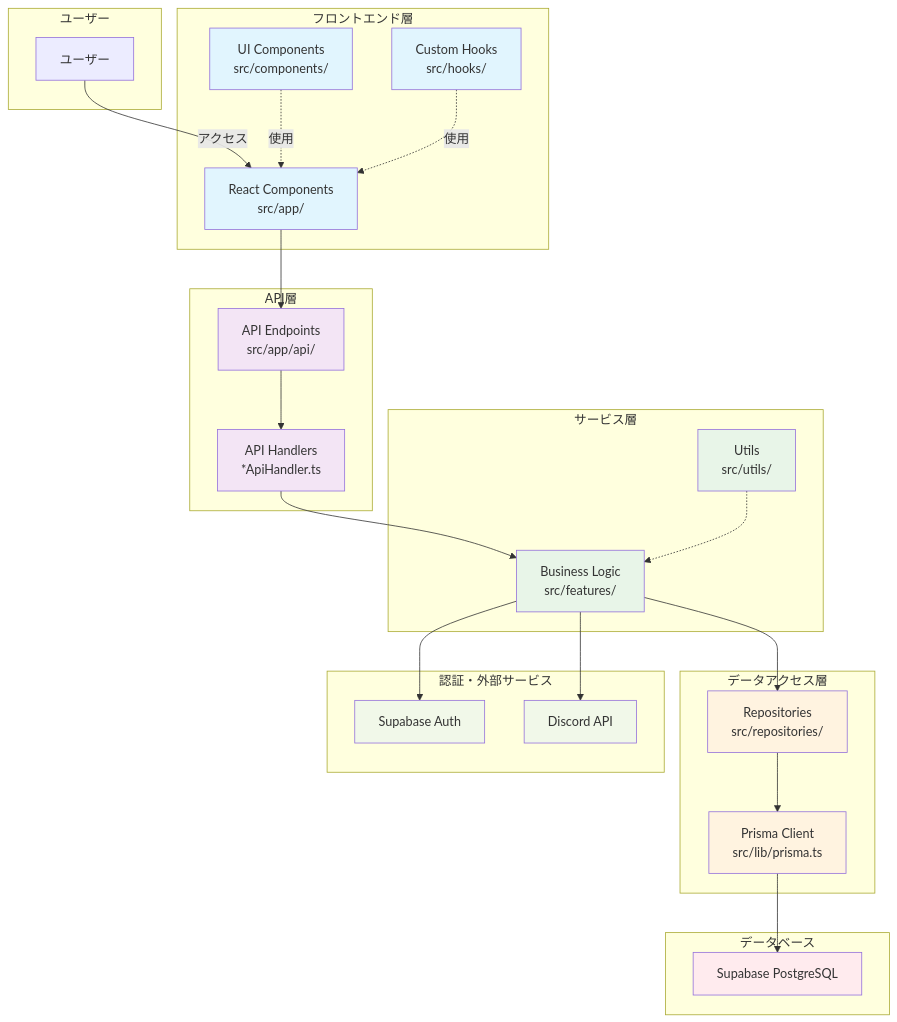
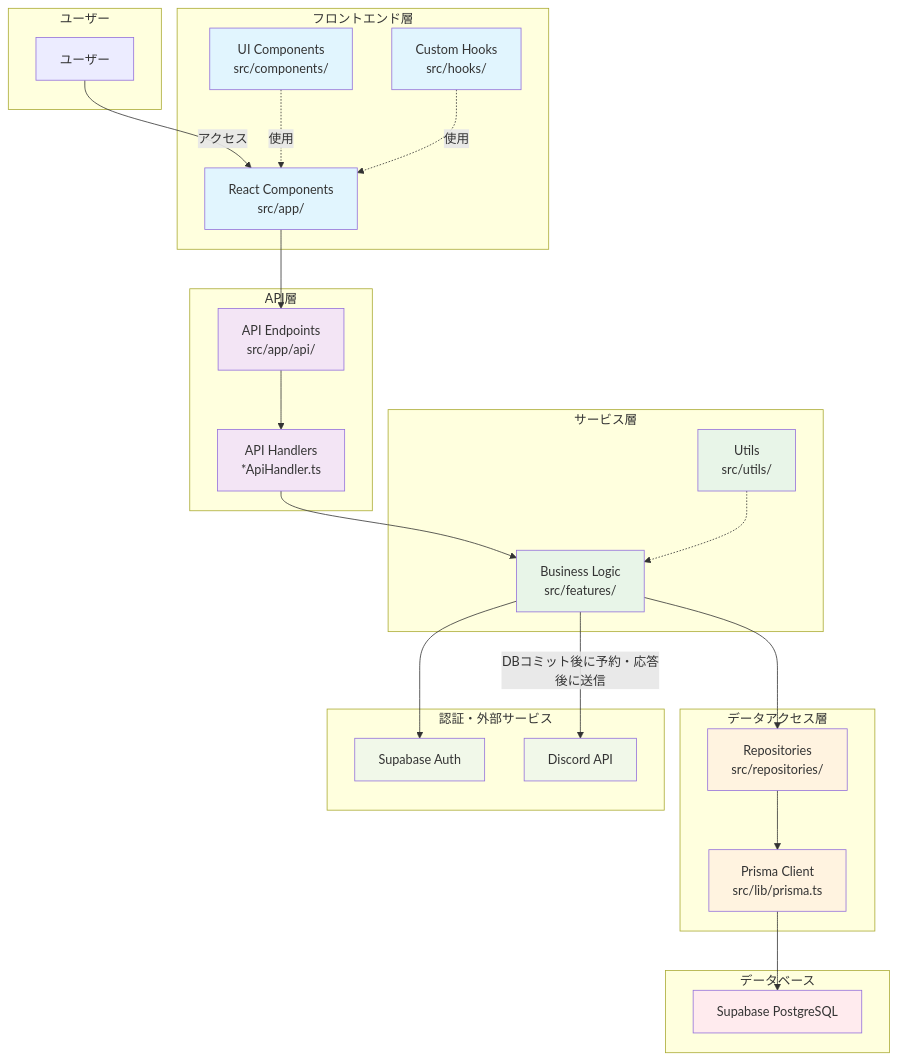
One commit to wist6ri4-org/realmomotetsu-v2 changed the diagram in README.md. Above: the diagram before and after it, drawn with Mermaid. The commit also changed other lines of this file and 37 other files, not shown here.

````diff
--- a/README.md
+++ b/README.md
@@ -95,62 +95,62 @@
 ```mermaid
 graph TB
     subgraph "ユーザー"
         U[ユーザー]
     end
     subgraph "フロントエンド層"
         A[React Components<br/>src/app/]
         B[UI Components<br/>src/components/]
         C[Custom Hooks<br/>src/hooks/]
     end
 
     subgraph "API層"
         D[API Endpoints<br/>src/app/api/]
         E[API Handlers<br/>*ApiHandler.ts]
     end
 
     subgraph "サービス層"
         F[Business Logic<br/>src/features/]
         G[Utils<br/>src/utils/]
     end
 
     subgraph "データアクセス層"
         H[Repositories<br/>src/repositories/]
         I[Prisma Client<br/>src/lib/prisma.ts]
     end
 
     subgraph "データベース"
         J[Supabase PostgreSQL]
     end
 
     subgraph "認証・外部サービス"
         K[Supabase Auth]
         L[Discord API]
     end
 
     U --アクセス--> A
     A --> D
     B -.使用.-> A
     C -.使用.-> A
     D --> E
     E --> F
     F --> H
     G -.-> F
     H --> I
     I --> J
     F --> K
-    F --> L
+    F --DBコミット後に予約・応答後に送信--> L
 
     classDef frontend fill:#e1f5fe
     classDef api fill:#f3e5f5
     classDef service fill:#e8f5e8
     classDef data fill:#fff3e0
     classDef database fill:#ffebee
     classDef external fill:#f1f8e9
 
     class A,B,C frontend
     class D,E api
     class F,G service
     class H,I data
     class J database
     class K,L external
 ```
````
